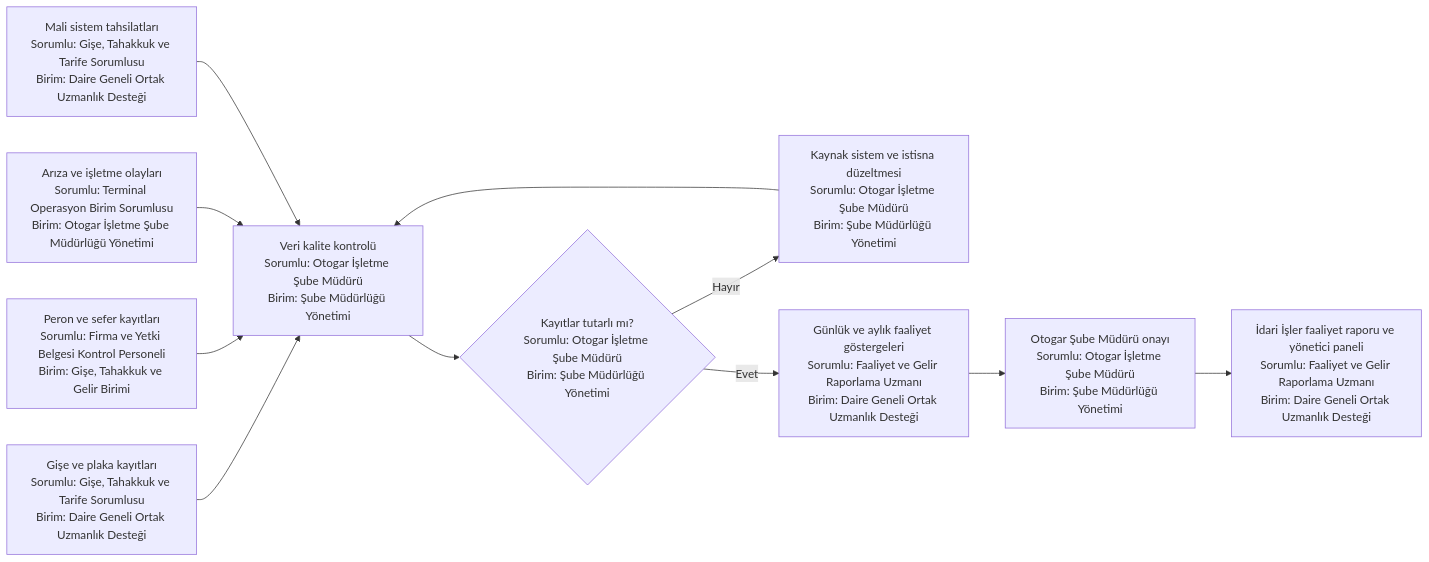
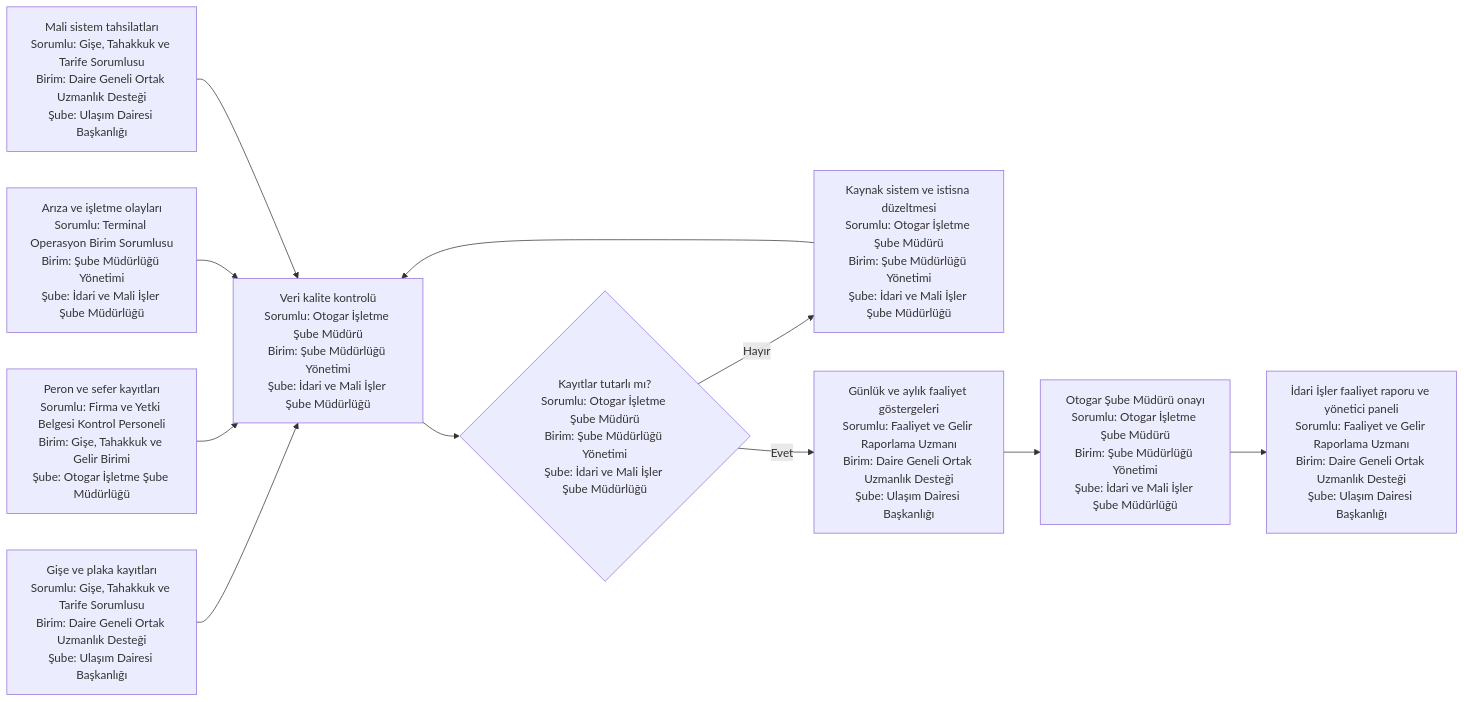
Before and after one commit to merdaergen-create/Ulasim_Dairesi_Is_Analizi: the fourth of 4 diagrams in 15_yalin_surec_haritalari/otogar/README.md, drawn with Mermaid. The commit also changed other lines of this file and 20 other files, not shown here.

````diff
--- a/15_yalin_surec_haritalari/otogar/README.md
+++ b/15_yalin_surec_haritalari/otogar/README.md
@@ -115,13 +131,13 @@
 ```mermaid
 flowchart LR
-    A[Gişe ve plaka kayıtları<br/>Sorumlu: Gişe, Tahakkuk ve Tarife Sorumlusu<br/>Birim: Daire Geneli Ortak Uzmanlık Desteği] --> E[Veri kalite kontrolü<br/>Sorumlu: Otogar İşletme Şube Müdürü<br/>Birim: Şube Müdürlüğü Yönetimi]
-    B[Peron ve sefer kayıtları<br/>Sorumlu: Firma ve Yetki Belgesi Kontrol Personeli<br/>Birim: Gişe, Tahakkuk ve Gelir Birimi] --> E
-    C[Arıza ve işletme olayları<br/>Sorumlu: Terminal Operasyon Birim Sorumlusu<br/>Birim: Otogar İşletme Şube Müdürlüğü Yönetimi] --> E
-    D[Mali sistem tahsilatları<br/>Sorumlu: Gişe, Tahakkuk ve Tarife Sorumlusu<br/>Birim: Daire Geneli Ortak Uzmanlık Desteği] --> E
-    E --> F{Kayıtlar tutarlı mı?<br/>Sorumlu: Otogar İşletme Şube Müdürü<br/>Birim: Şube Müdürlüğü Yönetimi}
-    F -- Hayır --> G[Kaynak sistem ve istisna düzeltmesi<br/>Sorumlu: Otogar İşletme Şube Müdürü<br/>Birim: Şube Müdürlüğü Yönetimi]
+    A[Gişe ve plaka kayıtları<br/>Sorumlu: Gişe, Tahakkuk ve Tarife Sorumlusu<br/>Birim: Daire Geneli Ortak Uzmanlık Desteği<br/>Şube: Ulaşım Dairesi Başkanlığı] --> E[Veri kalite kontrolü<br/>Sorumlu: Otogar İşletme Şube Müdürü<br/>Birim: Şube Müdürlüğü Yönetimi<br/>Şube: İdari ve Mali İşler Şube Müdürlüğü]
+    B[Peron ve sefer kayıtları<br/>Sorumlu: Firma ve Yetki Belgesi Kontrol Personeli<br/>Birim: Gişe, Tahakkuk ve Gelir Birimi<br/>Şube: Otogar İşletme Şube Müdürlüğü] --> E
+    C[Arıza ve işletme olayları<br/>Sorumlu: Terminal Operasyon Birim Sorumlusu<br/>Birim: Şube Müdürlüğü Yönetimi<br/>Şube: İdari ve Mali İşler Şube Müdürlüğü] --> E
+    D[Mali sistem tahsilatları<br/>Sorumlu: Gişe, Tahakkuk ve Tarife Sorumlusu<br/>Birim: Daire Geneli Ortak Uzmanlık Desteği<br/>Şube: Ulaşım Dairesi Başkanlığı] --> E
+    E --> F{Kayıtlar tutarlı mı?<br/>Sorumlu: Otogar İşletme Şube Müdürü<br/>Birim: Şube Müdürlüğü Yönetimi<br/>Şube: İdari ve Mali İşler Şube Müdürlüğü}
+    F -- Hayır --> G[Kaynak sistem ve istisna düzeltmesi<br/>Sorumlu: Otogar İşletme Şube Müdürü<br/>Birim: Şube Müdürlüğü Yönetimi<br/>Şube: İdari ve Mali İşler Şube Müdürlüğü]
     G --> E
-    F -- Evet --> H[Günlük ve aylık faaliyet göstergeleri<br/>Sorumlu: Faaliyet ve Gelir Raporlama Uzmanı<br/>Birim: Daire Geneli Ortak Uzmanlık Desteği]
-    H --> I[Otogar Şube Müdürü onayı<br/>Sorumlu: Otogar İşletme Şube Müdürü<br/>Birim: Şube Müdürlüğü Yönetimi]
-    I --> J[İdari İşler faaliyet raporu ve yönetici paneli<br/>Sorumlu: Faaliyet ve Gelir Raporlama Uzmanı<br/>Birim: Daire Geneli Ortak Uzmanlık Desteği]
+    F -- Evet --> H[Günlük ve aylık faaliyet göstergeleri<br/>Sorumlu: Faaliyet ve Gelir Raporlama Uzmanı<br/>Birim: Daire Geneli Ortak Uzmanlık Desteği<br/>Şube: Ulaşım Dairesi Başkanlığı]
+    H --> I[Otogar Şube Müdürü onayı<br/>Sorumlu: Otogar İşletme Şube Müdürü<br/>Birim: Şube Müdürlüğü Yönetimi<br/>Şube: İdari ve Mali İşler Şube Müdürlüğü]
+    I --> J[İdari İşler faaliyet raporu ve yönetici paneli<br/>Sorumlu: Faaliyet ve Gelir Raporlama Uzmanı<br/>Birim: Daire Geneli Ortak Uzmanlık Desteği<br/>Şube: Ulaşım Dairesi Başkanlığı]
 ```
````
